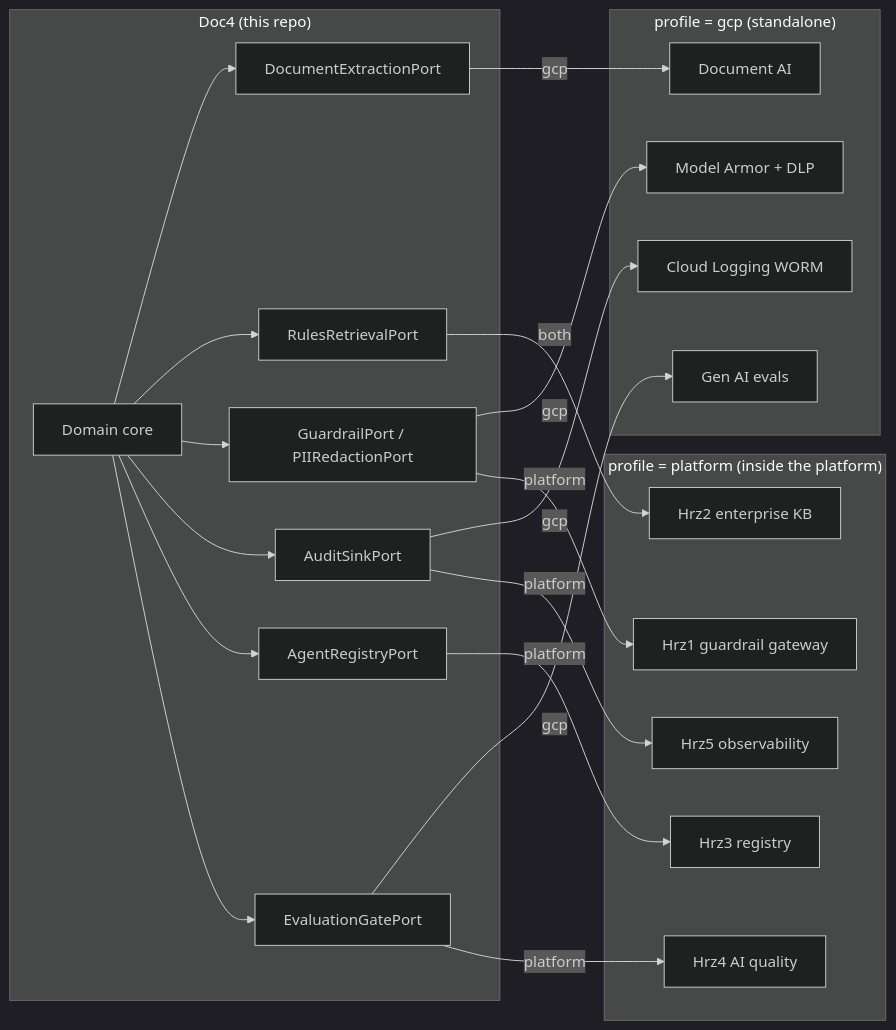
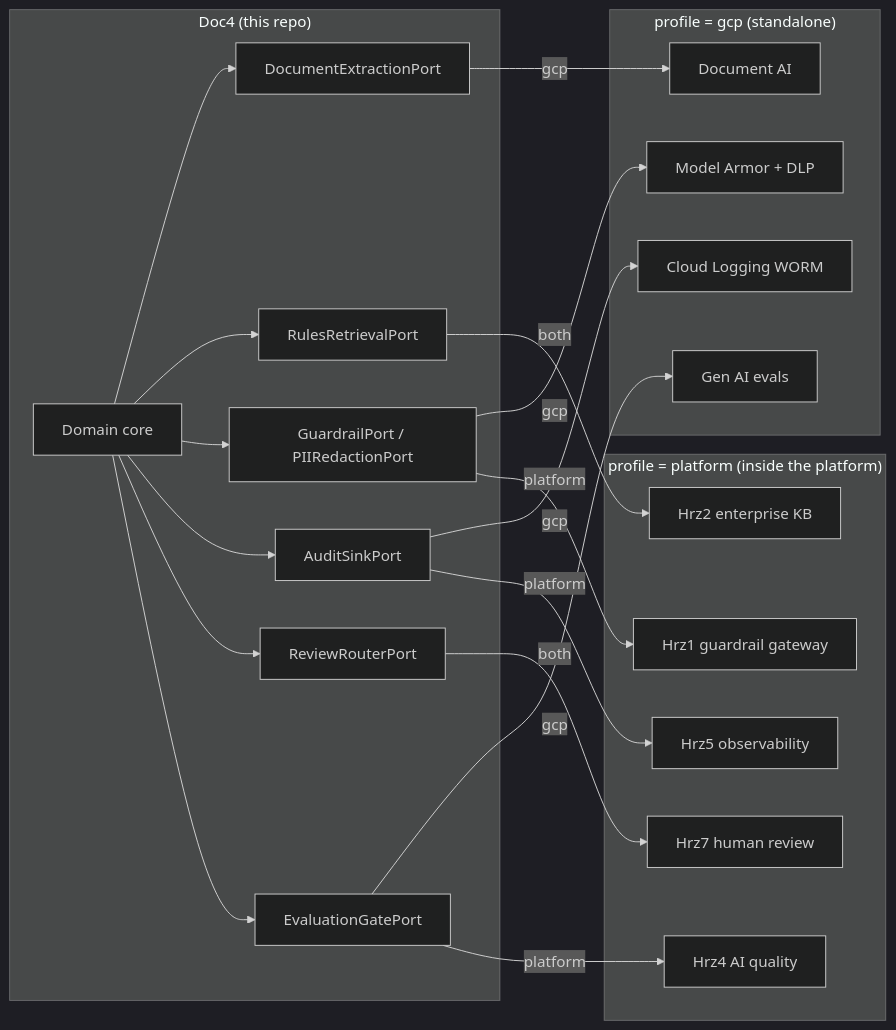
One commit to portable-genai/trade-finance-checker changed the fifth of 5 diagrams in ARCHITECTURE.md. Above: the diagram before and after it, drawn with Mermaid (dark theme). The commit also changed other lines of this file and 3 other files, not shown here.

````diff
--- a/ARCHITECTURE.md
+++ b/ARCHITECTURE.md
@@ -235,38 +235,38 @@
 ```mermaid
 flowchart LR
     subgraph b4["Doc4 (this repo)"]
         DOMAIN[Domain core]
         EXTP[DocumentExtractionPort]
         RULP[RulesRetrievalPort]
         GUARD[GuardrailPort / PIIRedactionPort]
         AUDIT[AuditSinkPort]
-        REGP[AgentRegistryPort]
+        REVP[ReviewRouterPort]
         EVAP[EvaluationGatePort]
-        DOMAIN --> EXTP & RULP & GUARD & AUDIT & REGP & EVAP
+        DOMAIN --> EXTP & RULP & GUARD & AUDIT & REVP & EVAP
     end
 
     subgraph standalone["profile = gcp (standalone)"]
         DOCAI[Document AI]
         MA[Model Armor + DLP]
         CL[Cloud Logging WORM]
         GE[Gen AI evals]
     end
 
     subgraph platform["profile = platform (inside the platform)"]
         Hrz1[Hrz1 guardrail gateway]
         Hrz2[Hrz2 enterprise KB]
-        Hrz3[Hrz3 registry]
+        Hrz7[Hrz7 human review]
         Hrz4[Hrz4 AI quality]
         Hrz5[Hrz5 observability]
     end
 
     EXTP -- gcp --> DOCAI
     GUARD -- gcp --> MA
     AUDIT -- gcp --> CL
     EVAP -- gcp --> GE
     RULP -- both --> Hrz2
     GUARD -- platform --> Hrz1
     AUDIT -- platform --> Hrz5
-    REGP -- platform --> Hrz3
+    REVP -- both --> Hrz7
     EVAP -- platform --> Hrz4
 ```
````
